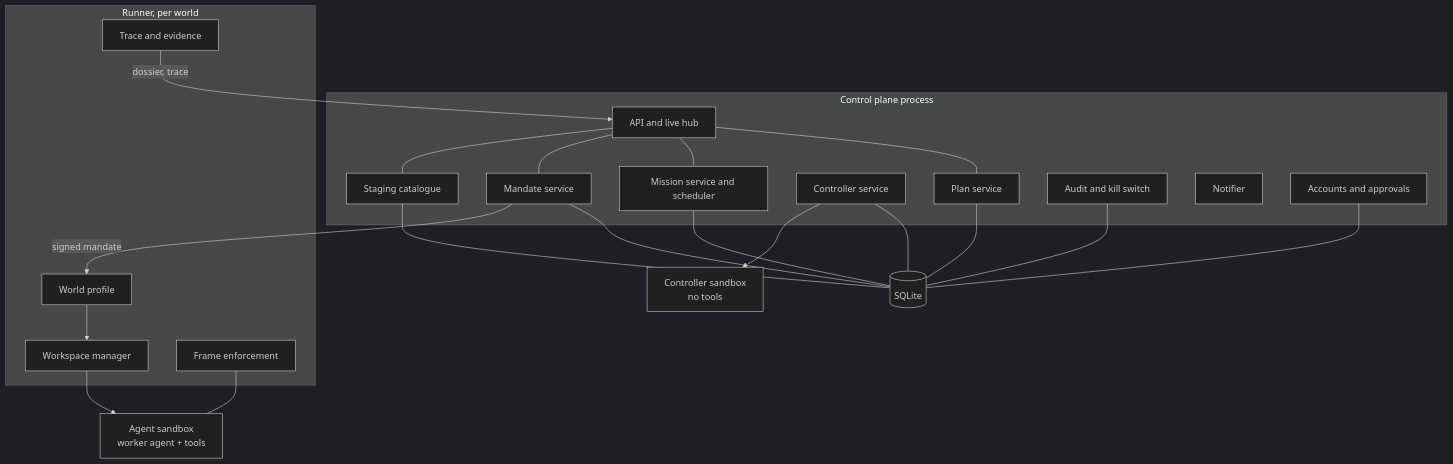
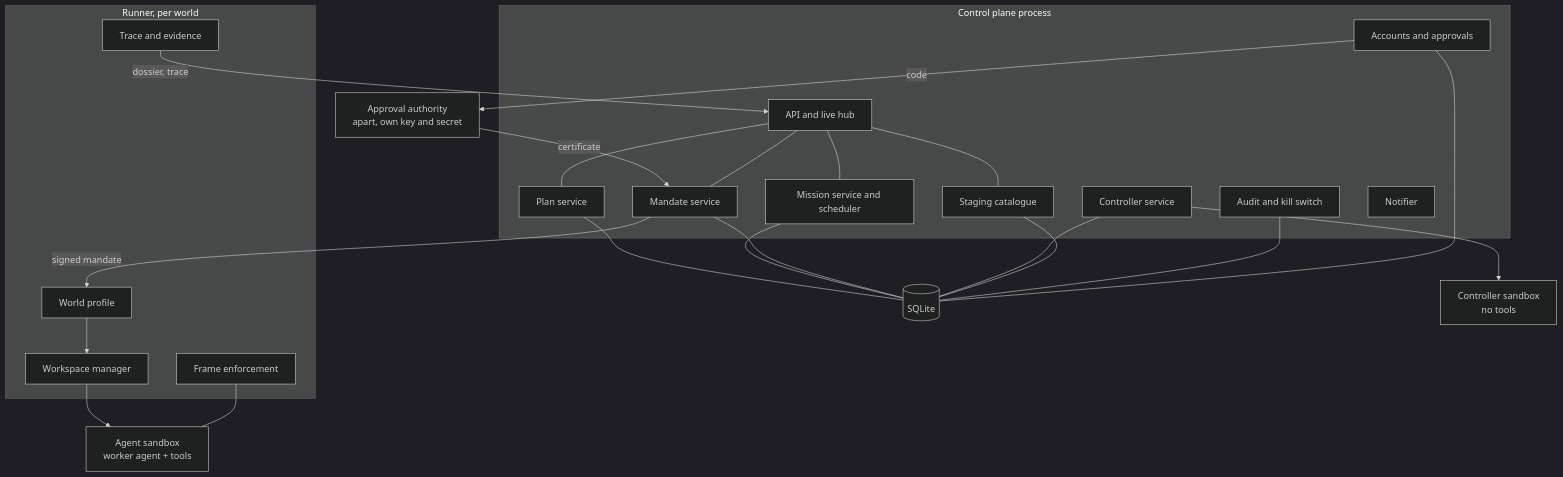
One commit to MafLabs38/orchestrarr changed the third of 12 diagrams in docs/ARCHITECTURE.md. Above: the diagram before and after it, drawn with Mermaid (dark theme). The commit also changed other lines of this file and 7 other files, not shown here.

Commit message:
docs: what pull request 58 implements is not described as built, one holder of the merge identity, the approval authority in the architecture, tags and merge-may-deploy made checkable

````diff
--- a/docs/ARCHITECTURE.md
+++ b/docs/ARCHITECTURE.md
@@ -103,28 +104,31 @@
 ```mermaid
 flowchart TB
     subgraph CPH[Control plane process]
         API[API and live hub]
         PLAN[Plan service]
         MIS[Mission service and scheduler]
         MAN[Mandate service]
         CTL[Controller service]
         STG[Staging catalogue]
         AUD[Audit and kill switch]
         NOT[Notifier]
         ACC[Accounts and approvals]
     end
+    AUTH[Approval authority<br/>apart, own key and secret]
+    ACC -- code --> AUTH
+    AUTH -- certificate --> MAN
     DB[(SQLite)]
     API --- PLAN & MIS & MAN & STG
     PLAN & MIS & MAN & CTL & STG & AUD & ACC --- DB
     CTL --> CSB[Controller sandbox<br/>no tools]
     subgraph RUN[Runner, per world]
         RP[World profile]
         WS[Workspace manager]
         ENF[Frame enforcement]
         TR[Trace and evidence]
     end
     MAN -- signed mandate --> RP
     RP --> WS --> ASB[Agent sandbox<br/>worker agent + tools]
     ENF --- ASB
     TR -- dossier, trace --> API
 ```
````
